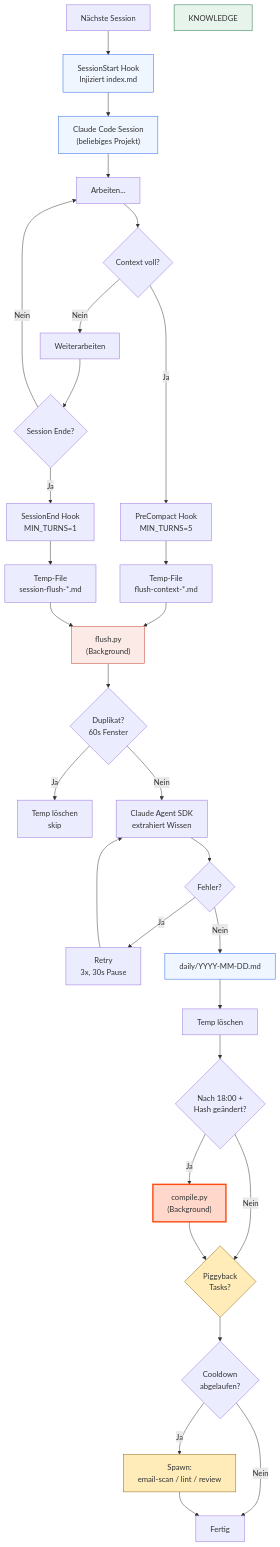
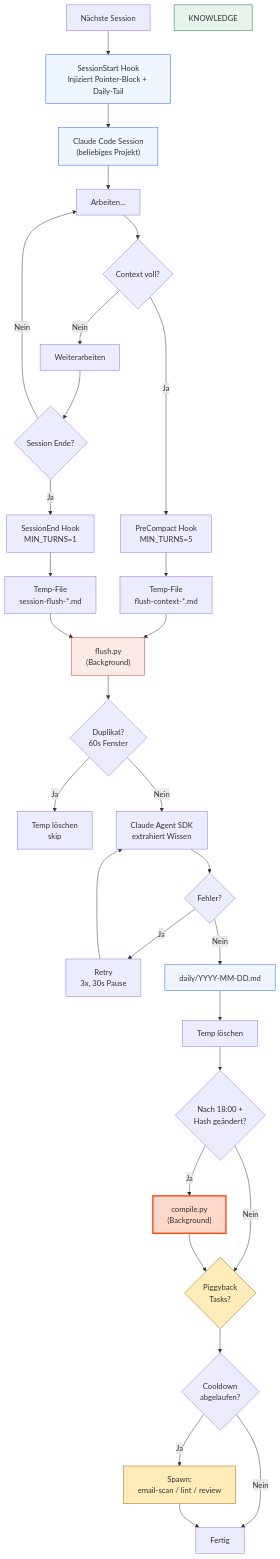
Before and after one commit to lx-0/llm-wiki: the second of 11 diagrams in docs/PROCESS.md, drawn with Mermaid. The commit also changed other lines of this file and 8 other files, not shown here.

First line of the commit message:
refactor(session-start): inject pointer block instead of full index body

````diff
--- a/docs/PROCESS.md
+++ b/docs/PROCESS.md
@@ -136,47 +136,47 @@
 ```mermaid
 flowchart TD
     SESSION["Claude Code Session\n(beliebiges Projekt)"]
     SESSION --> WORK["Arbeiten..."]
     WORK --> COMPACT{"Context voll?"}
     COMPACT -->|Ja| PRE["PreCompact Hook\nMIN_TURNS=5"]
     COMPACT -->|Nein| CONTINUE["Weiterarbeiten"]
     CONTINUE --> END{"Session Ende?"}
     END -->|Nein| WORK
     END -->|Ja| HOOK["SessionEnd Hook\nMIN_TURNS=1"]
 
     PRE --> TEMP["Temp-File\nflush-context-*.md"]
     HOOK --> TEMP2["Temp-File\nsession-flush-*.md"]
 
     TEMP --> FLUSH["flush.py\n(Background)"]
     TEMP2 --> FLUSH
 
     FLUSH --> DEDUP{"Duplikat?\n60s Fenster"}
     DEDUP -->|Ja| DEL1["Temp löschen\nskip"]
     DEDUP -->|Nein| EXTRACT["Claude Agent SDK\nextrahiert Wissen"]
     EXTRACT --> FAIL{"Fehler?"}
     FAIL -->|Ja| RETRY["Retry\n3x, 30s Pause"]
     RETRY --> EXTRACT
     FAIL -->|Nein| DAILY["daily/YYYY-MM-DD.md"]
     DAILY --> DELTEMP["Temp löschen"]
     DELTEMP --> CLOCK{"Nach 18:00 +\nHash geändert?"}
     CLOCK -->|Ja| COMPILE["compile.py\n(Background)"]
     CLOCK -->|Nein| PIGGY
 
     COMPILE --> PIGGY{"Piggyback\nTasks?"}
     PIGGY --> PB_CHECK{"Cooldown\nabgelaufen?"}
     PB_CHECK -->|Ja| PB_SPAWN["Spawn:\nemail-scan / lint / review"]
     PB_CHECK -->|Nein| DONE["Fertig"]
     PB_SPAWN --> DONE
 
-    NEXT["Nächste Session"] --> INJECT["SessionStart Hook\nInjiziert index.md"]
+    NEXT["Nächste Session"] --> INJECT["SessionStart Hook\nInjiziert Pointer-Block + Daily-Tail"]
     INJECT --> SESSION
 
     style SESSION fill:#EFF6FF,stroke:#2563EB
     style FLUSH fill:#FCEAE7,stroke:#C43D2E
     style DAILY fill:#EFF6FF,stroke:#2563EB
     style COMPILE fill:#FFD8CB,stroke:#FC4E14,stroke-width:3px
     style KNOWLEDGE fill:#E6F4EC,stroke:#1B7340
     style INJECT fill:#EFF6FF,stroke:#2563EB
     style PIGGY fill:#FFECB9,stroke:#92610F
     style PB_SPAWN fill:#FFECB9,stroke:#92610F
 ```
````
